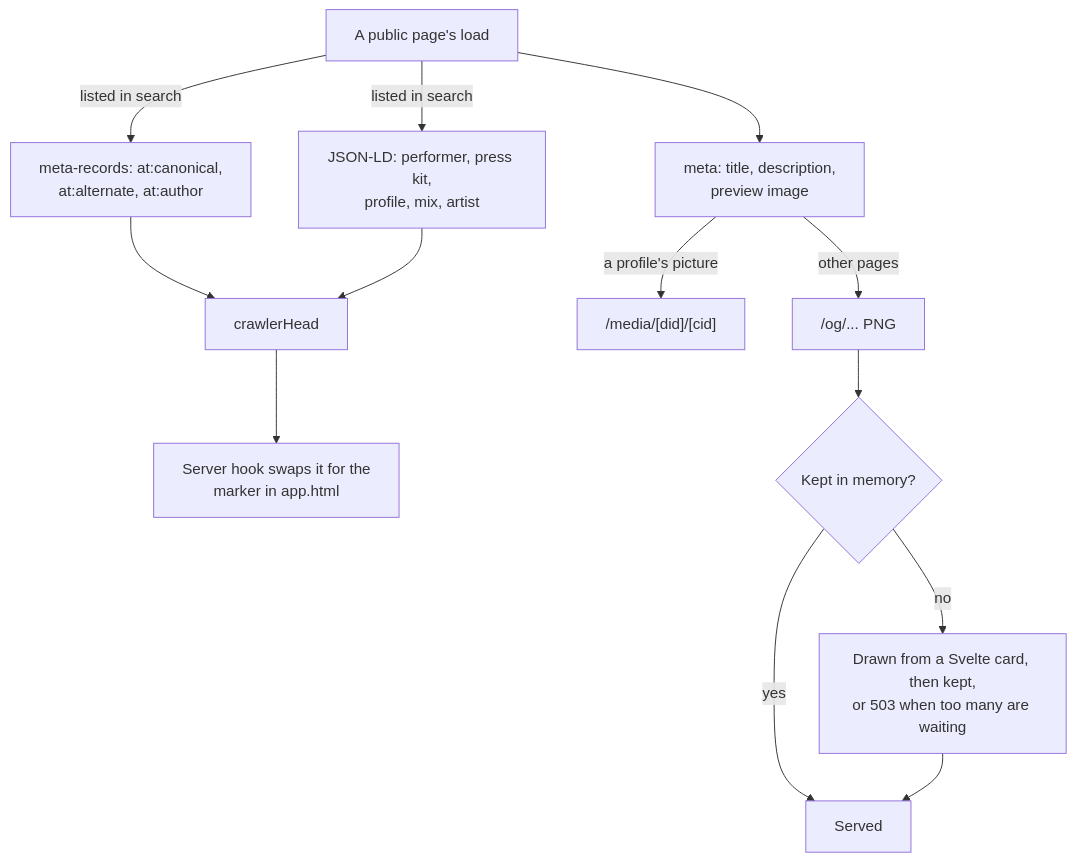
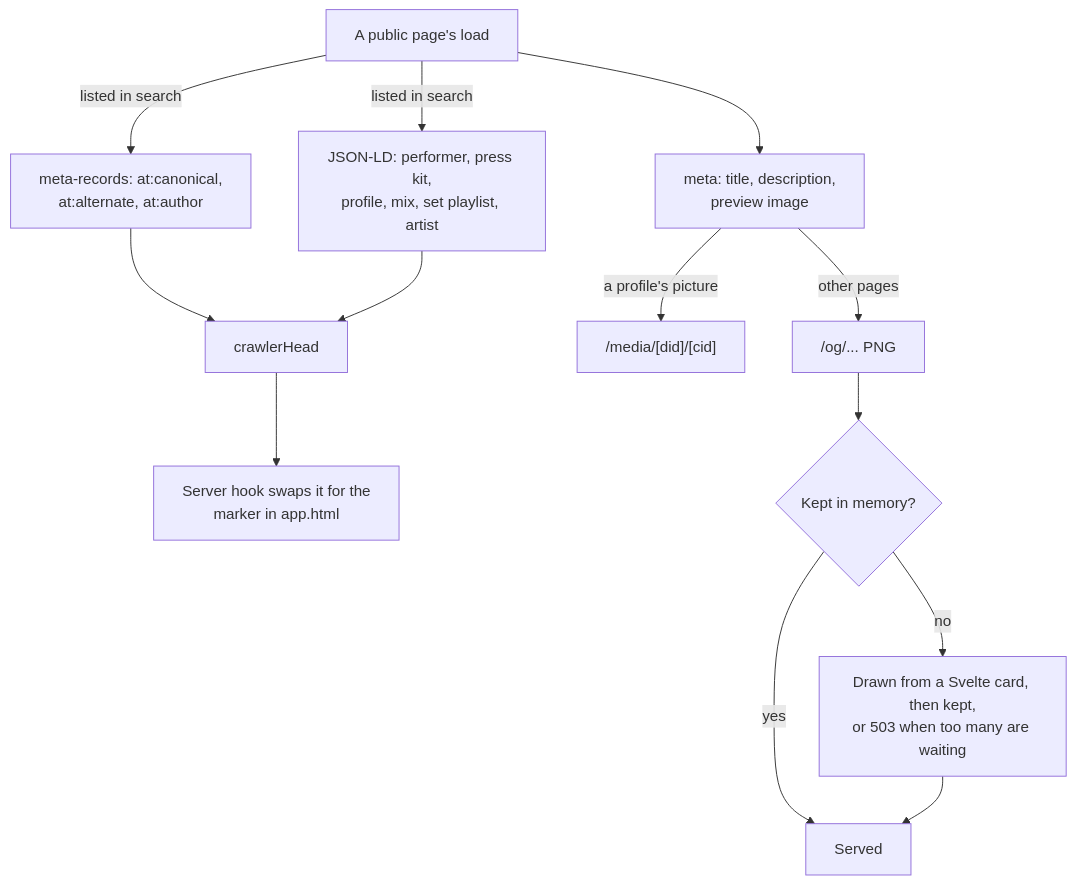
Before and after one commit to cutenode/localnetwork: the tenth of 10 diagrams in apps/web/docs/diagrams/staff-and-upkeep.md, drawn with Mermaid. The commit also changed 24 other files, not shown here.

````diff
--- a/apps/web/docs/diagrams/staff-and-upkeep.md
+++ b/apps/web/docs/diagrams/staff-and-upkeep.md
@@ -203,15 +203,15 @@
 ```mermaid
 flowchart TD
   Load["A public page's load"] --> Meta["meta: title, description,<br/>preview image"]
   Load -- "listed in search" --> Records["meta-records: at:canonical,<br/>at:alternate, at:author"]
-  Load -- "listed in search" --> Json["JSON-LD: performer, press kit,<br/>profile, mix, artist"]
+  Load -- "listed in search" --> Json["JSON-LD: performer, press kit,<br/>profile, mix, set playlist, artist"]
   Records --> Head["crawlerHead"]
   Json --> Head
   Head --> Hook["Server hook swaps it for the<br/>marker in app.html"]
   Meta -- "a profile's picture" --> Avatar["/media/[did]/[cid]"]
   Meta -- "other pages" --> Card["/og/... PNG"]
   Card --> Cached{"Kept in memory?"}
   Cached -- "yes" --> Png["Served"]
   Cached -- "no" --> Draw["Drawn from a Svelte card, then kept,<br/>or 503 when too many are waiting"]
   Draw --> Png
 ```
````
